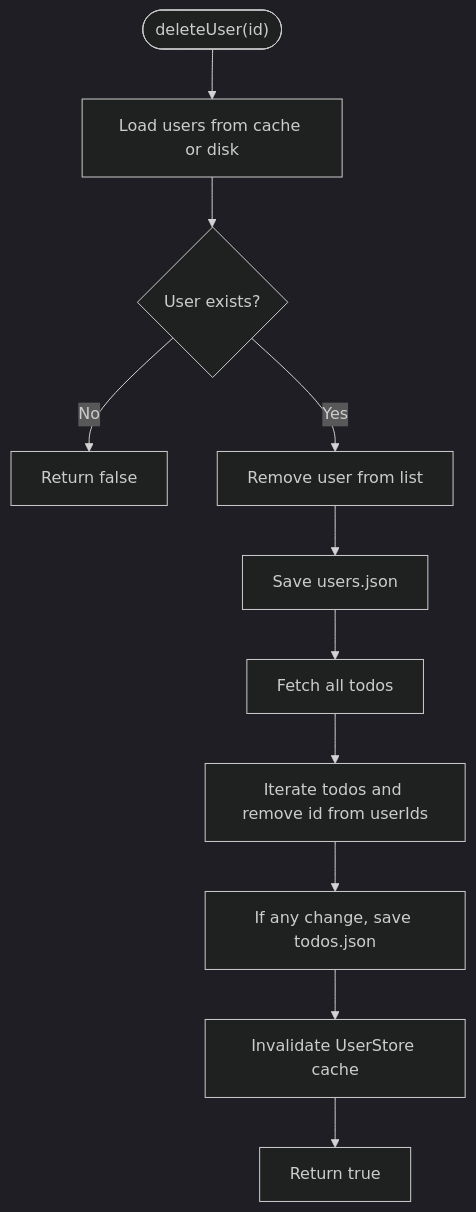
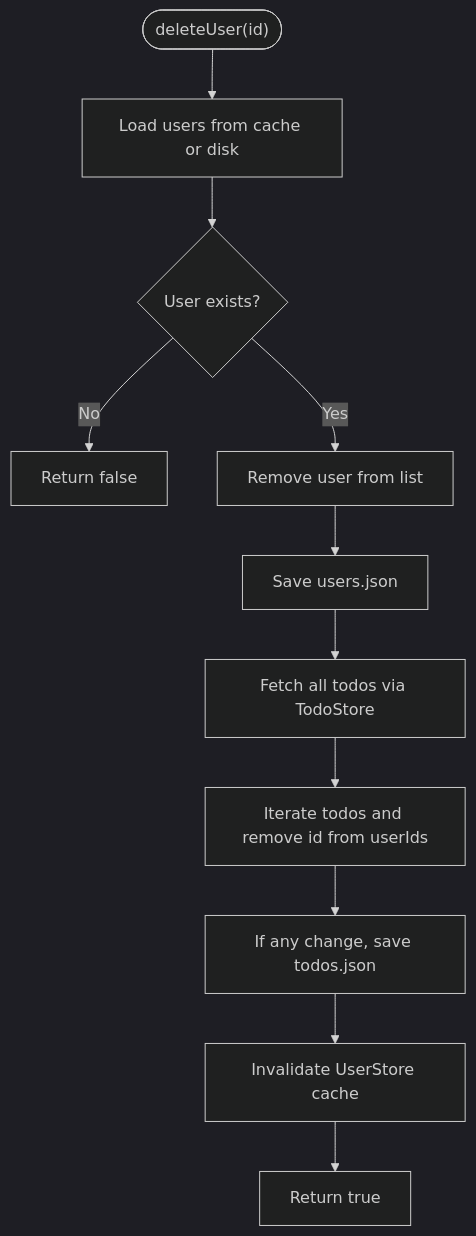
Before and after one commit to cdavis-code/easy_mcp_workspace: the fourth of 8 diagrams in .qoder/repowiki/en/content/Example Implementation/Example Implementation.md, drawn with Mermaid (dark theme). The commit also changed other lines of this file and 14 other files, not shown here.

````diff
--- a/.qoder/repowiki/en/content/Example Implementation/Example Implementation.md
+++ b/.qoder/repowiki/en/content/Example Implementation/Example Implementation.md
@@ -212,13 +228,13 @@
 ```mermaid
 flowchart TD
 Start(["deleteUser(id)"]) --> Load["Load users from cache or disk"]
 Load --> Found{"User exists?"}
 Found --> |No| ReturnFalse["Return false"]
 Found --> |Yes| Remove["Remove user from list"]
 Remove --> Save["Save users.json"]
-Save --> FetchTodos["Fetch all todos"]
+Save --> FetchTodos["Fetch all todos via TodoStore"]
 FetchTodos --> Iterate["Iterate todos and remove id from userIds"]
 Iterate --> MaybeSave["If any change, save todos.json"]
 MaybeSave --> Invalidate["Invalidate UserStore cache"]
 Invalidate --> ReturnTrue["Return true"]
 ```
````
